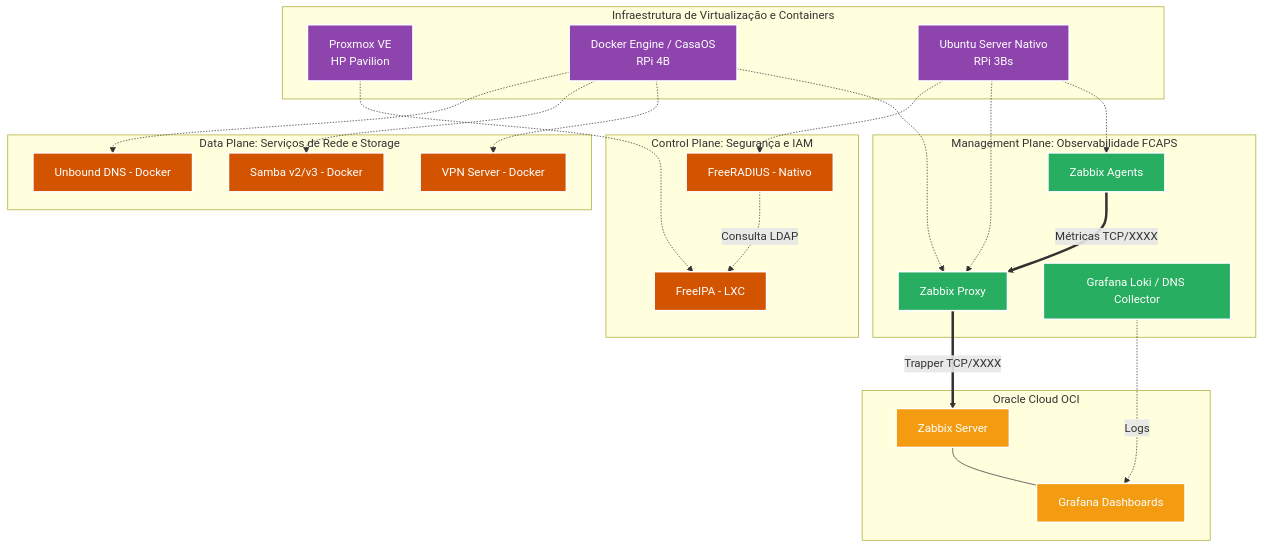
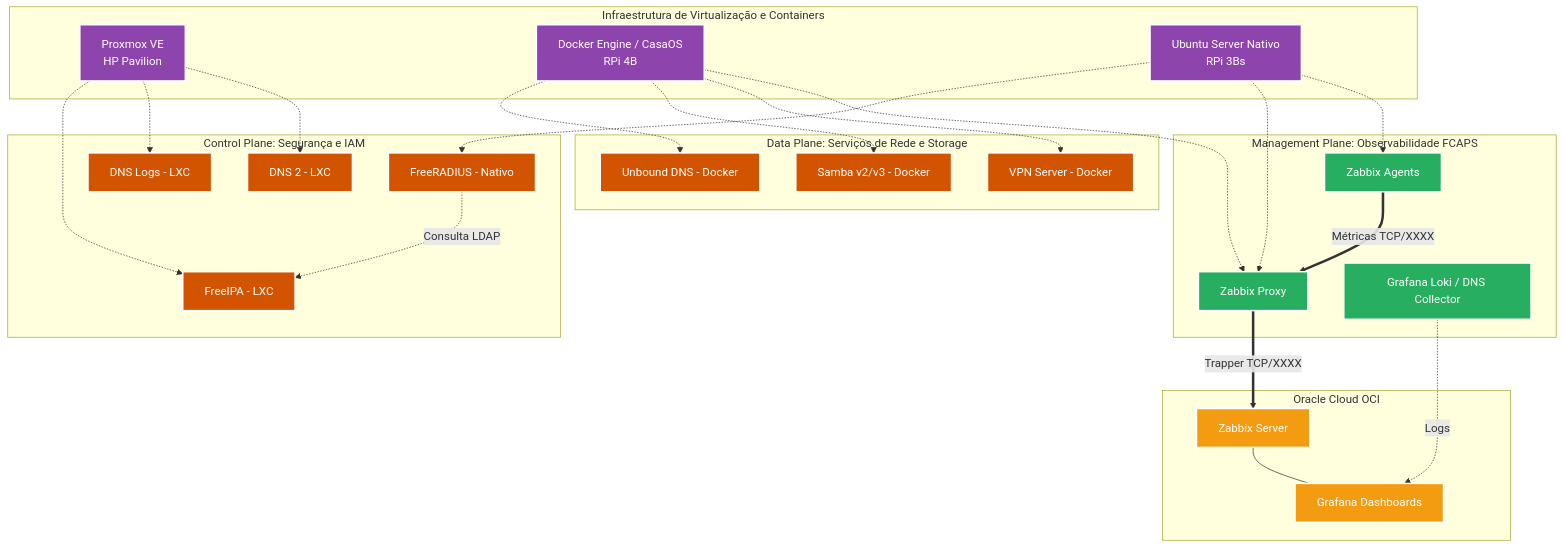
Before and after one commit to kevindexter22/Dr-Hardware-Autonet: the second of 2 diagrams in 01-infrastructure/README.md, drawn with Mermaid.

Commit message:
Add DNS Logs and DNS 2 services to README

````diff
--- a/01-infrastructure/README.md
+++ b/01-infrastructure/README.md
@@ -66,54 +66,58 @@
 ```mermaid
 graph TD
     %% Classes de Estilo L3-L7
     classDef hypervisor fill:#8e44ad,stroke:#FFFFFF,stroke-width:2px,color:#fff;
     classDef oss fill:#27ae60,stroke:#FFFFFF,stroke-width:2px,color:#fff;
     classDef coreService fill:#d35400,stroke:#FFFFFF,stroke-width:2px,color:#fff;
     classDef cloud fill:#f39c12,stroke:#FFFFFF,stroke-width:2px,color:#fff;
 
     subgraph VIM [Infraestrutura de Virtualização e Containers]
         PVE[Proxmox VE<br/>HP Pavilion]:::hypervisor
         DOCKER[Docker Engine / CasaOS<br/>RPi 4B]:::hypervisor
         NATIVE[Ubuntu Server Nativo<br/>RPi 3Bs]:::hypervisor
     end
 
     subgraph AAA_SEC [Control Plane: Segurança e IAM]
         FIPA[FreeIPA - LXC]:::coreService
+        LDNSL[DNS Logs - LXC]:::coreService
+        UDNSL[DNS 2 - LXC]:::coreService
         FRAD[FreeRADIUS - Nativo]:::coreService
         PVE -.-> FIPA
+        PVE -.-> LDNSL
+        PVE -.-> UDNSL
         NATIVE -.-> FRAD
         FRAD -.->|Consulta LDAP| FIPA
     end
 
     subgraph NET_SERVICES [Data Plane: Serviços de Rede e Storage]
         UNB[Unbound DNS - Docker]:::coreService
         SMB[Samba v2/v3 - Docker]:::coreService
         VPN[VPN Server - Docker]:::coreService
         
         DOCKER -.-> UNB
         DOCKER -.-> SMB
         DOCKER -.-> VPN
     end
 
     subgraph OSS_MGMT [Management Plane: Observabilidade FCAPS]
         ZPX[Zabbix Proxy]:::oss
         ZA[Zabbix Agents]:::oss
         GRAF_LOKI[Grafana Loki / DNS Collector]:::oss
         
         DOCKER -.-> ZPX
         NATIVE -.-> ZPX
         NATIVE -.-> ZA
     end
 
     subgraph PUBLIC_CLOUD [Oracle Cloud OCI]
         ZBS[Zabbix Server]:::cloud
         GRAF[Grafana Dashboards]:::cloud
     end
 
     %% Fluxos de Mediação de Dados
     ZA ==>|Métricas TCP/XXXX| ZPX
     ZPX ==>|Trapper TCP/XXXX| ZBS
     GRAF_LOKI -.->|Logs| GRAF
     ZBS --- GRAF
 
 ```
````
